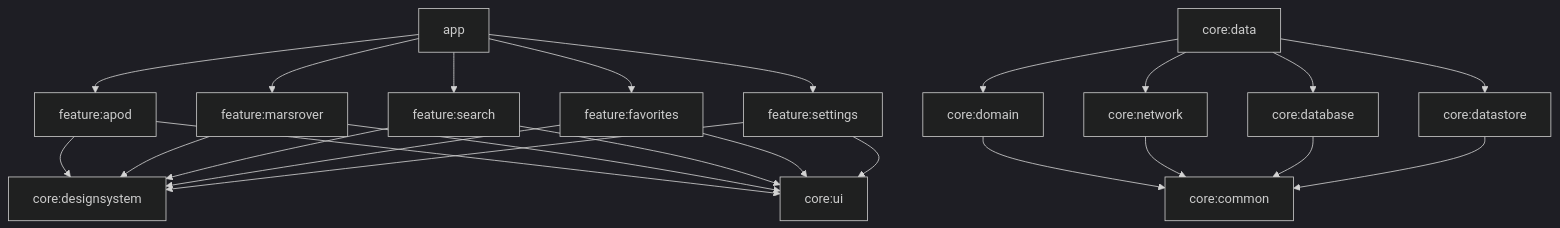
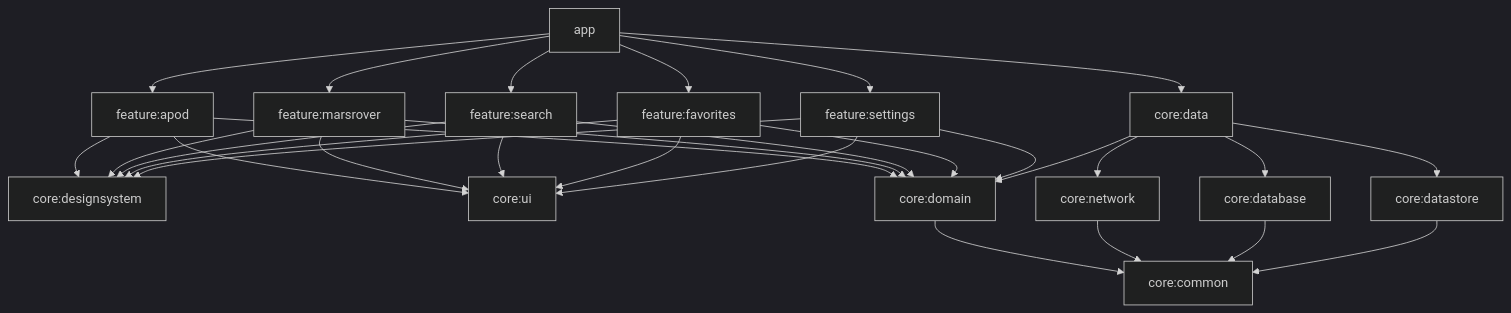
Before and after one commit to higheroffpropane/cosmos: the diagram in README.md, drawn with Mermaid (dark theme). The commit also changed other lines of this file and 16 other files, not shown here.

````diff
--- a/README.md
+++ b/README.md
@@ -30,8 +48,9 @@
 ```mermaid
 graph TD
   app --> feature_apod[feature:apod] & feature_marsrover[feature:marsrover] & feature_search[feature:search] & feature_favorites[feature:favorites] & feature_settings[feature:settings]
-  feature_apod & feature_marsrover & feature_search & feature_favorites & feature_settings --> designsystem[core:designsystem] & ui[core:ui]
-  data[core:data] --> domain[core:domain] & network[core:network] & database[core:database] & datastore[core:datastore]
+  feature_apod & feature_marsrover & feature_search & feature_favorites & feature_settings --> designsystem[core:designsystem] & ui[core:ui] & domain[core:domain]
+  app --> data[core:data]
+  data --> domain & network[core:network] & database[core:database] & datastore[core:datastore]
   domain --> common[core:common]
   network & database & datastore --> common
 ```
````
